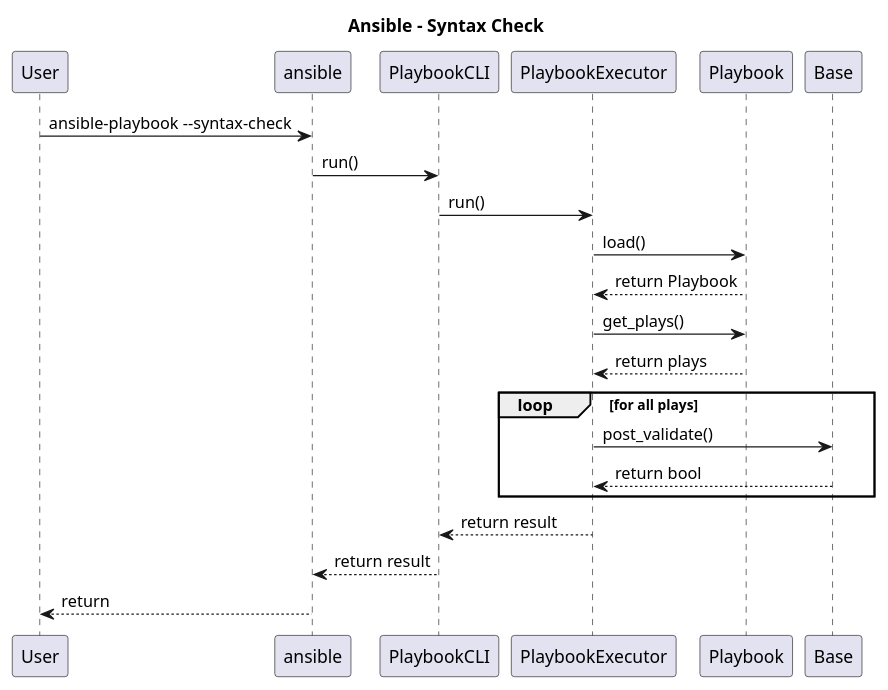
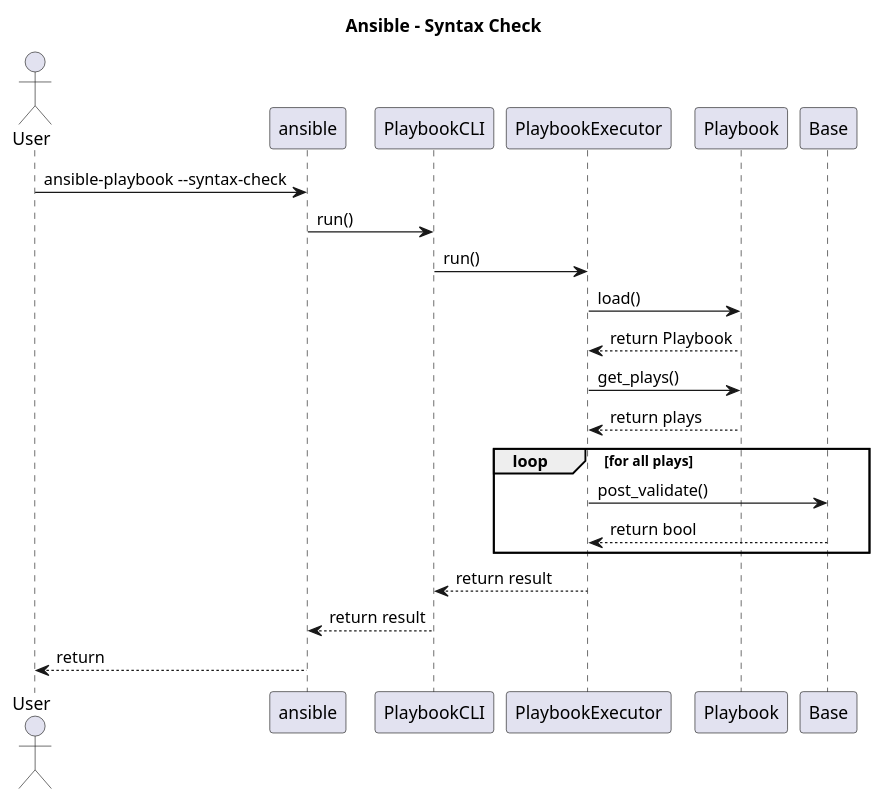
One commit to ezequiels/nazz changed the diagram in project/uml/SequenceDiagram/SyntaxCheck.puml. Above: the diagram before and after it, drawn with PlantUML. The commit also changed 3 other files, not shown here.

Commit message:
Updated sequence diagram

```diff
--- a/project/uml/SequenceDiagram/SyntaxCheck.puml
+++ b/project/uml/SequenceDiagram/SyntaxCheck.puml
@@ -1,17 +1,19 @@
 @startuml
 title Ansible - Syntax Check
+
+actor User
 User->ansible: ansible-playbook --syntax-check
 ansible->PlaybookCLI: run()
 PlaybookCLI->PlaybookExecutor:run()
 PlaybookExecutor->Playbook:load()
 Playbook-->PlaybookExecutor: return Playbook
 PlaybookExecutor->Playbook:get_plays()
 Playbook-->PlaybookExecutor: return plays
 loop for all plays
-PlaybookExecutor->Base: post_validate()
-Base-->PlaybookExecutor: return bool
+    PlaybookExecutor->Base: post_validate()
+    Base-->PlaybookExecutor: return bool
 end
 PlaybookExecutor-->PlaybookCLI: return result
 PlaybookCLI-->ansible: return result
 ansible-->User: return
 @enduml
```
